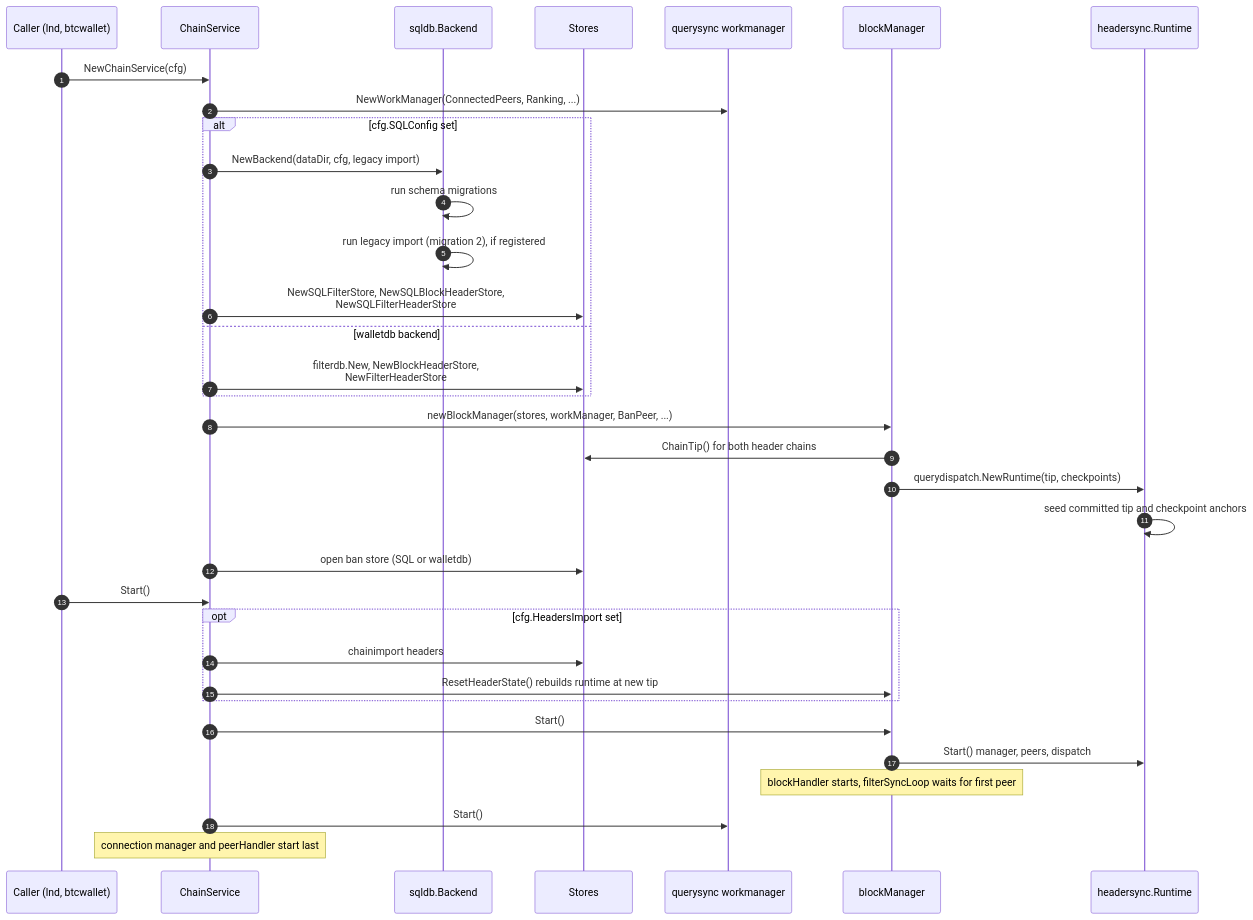
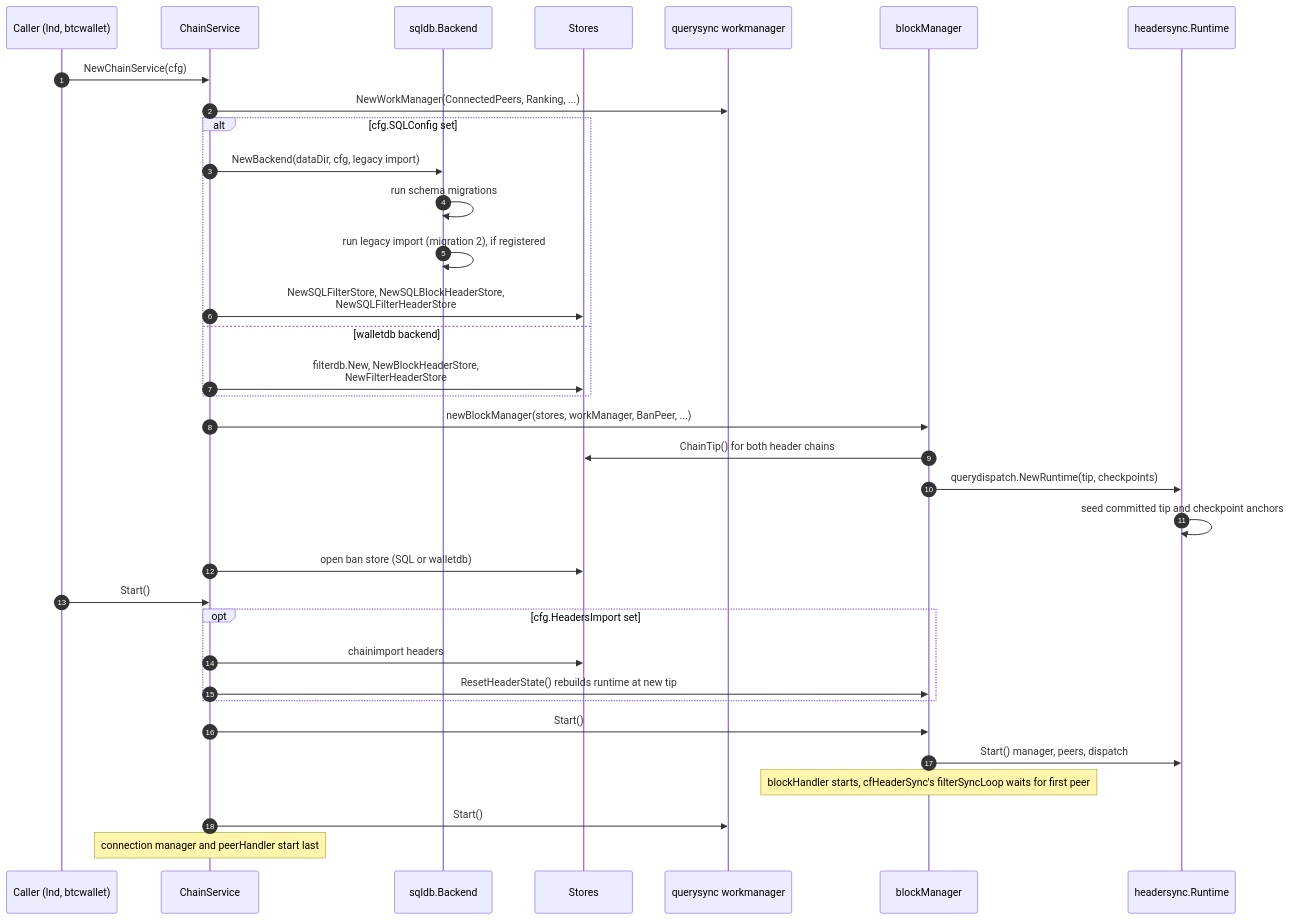
One commit to lightninglabs/neutrino changed the second of 9 diagrams in docs/sync-architecture.md. Above: the diagram before and after it, drawn with Mermaid. The commit also changed other lines of this file and 11 other files, not shown here.

````diff
--- a/docs/sync-architecture.md
+++ b/docs/sync-architecture.md
@@ -107,37 +114,37 @@
 ```mermaid
 sequenceDiagram
     autonumber
     participant App as Caller (lnd, btcwallet)
     participant CS as ChainService
     participant SQL as sqldb.Backend
     participant St as Stores
     participant WM as querysync workmanager
     participant BM as blockManager
     participant RT as headersync.Runtime
 
     App->>CS: NewChainService(cfg)
     CS->>WM: NewWorkManager(ConnectedPeers, Ranking, ...)
     alt cfg.SQLConfig set
         CS->>SQL: NewBackend(dataDir, cfg, legacy import)
         SQL->>SQL: run schema migrations
         SQL->>SQL: run legacy import (migration 2), if registered
         CS->>St: NewSQLFilterStore, NewSQLBlockHeaderStore,<br/>NewSQLFilterHeaderStore
     else walletdb backend
         CS->>St: filterdb.New, NewBlockHeaderStore,<br/>NewFilterHeaderStore
     end
     CS->>BM: newBlockManager(stores, workManager, BanPeer, ...)
     BM->>St: ChainTip() for both header chains
     BM->>RT: querydispatch.NewRuntime(tip, checkpoints)
     RT->>RT: seed committed tip and checkpoint anchors
     CS->>St: open ban store (SQL or walletdb)
     App->>CS: Start()
     opt cfg.HeadersImport set
         CS->>St: chainimport headers
         CS->>BM: ResetHeaderState() rebuilds runtime at new tip
     end
     CS->>BM: Start()
     BM->>RT: Start() manager, peers, dispatch
-    Note over BM: blockHandler starts, filterSyncLoop waits for first peer
+    Note over BM: blockHandler starts, cfHeaderSync's filterSyncLoop waits for first peer
     CS->>WM: Start()
     Note over CS: connection manager and peerHandler start last
 ```
````
